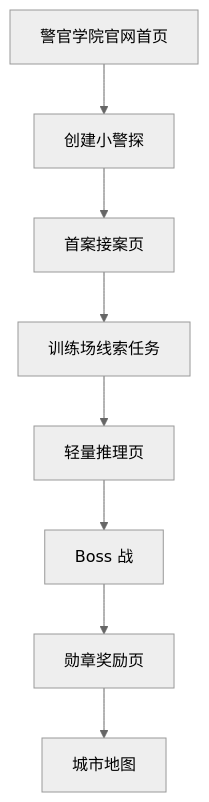
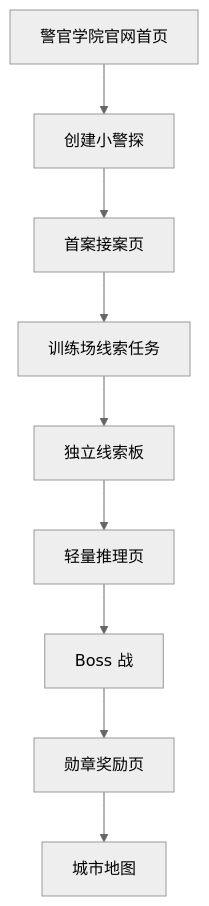
Before and after one commit to gui16789/zooQuest: the diagram in docs/planning-v2/05-information-architecture.md, drawn with Mermaid (neutral theme). The commit also changed other lines of this file and 1 other file, not shown here.

Commit message:
docs: freeze first loop information flow

````diff
--- a/docs/planning-v2/05-information-architecture.md
+++ b/docs/planning-v2/05-information-architecture.md
@@ -46,10 +27,11 @@
 ```mermaid
 flowchart TD
   A["警官学院官网首页"] --> B["创建小警探"]
   B --> C["首案接案页"]
   C --> D["训练场线索任务"]
-  D --> E["轻量推理页"]
-  E --> F["Boss 战"]
-  F --> G["勋章奖励页"]
-  G --> H["城市地图"]
+  D --> E["独立线索板"]
+  E --> F["轻量推理页"]
+  F --> G["Boss 战"]
+  G --> H["勋章奖励页"]
+  H --> I["城市地图"]
 ```
````
